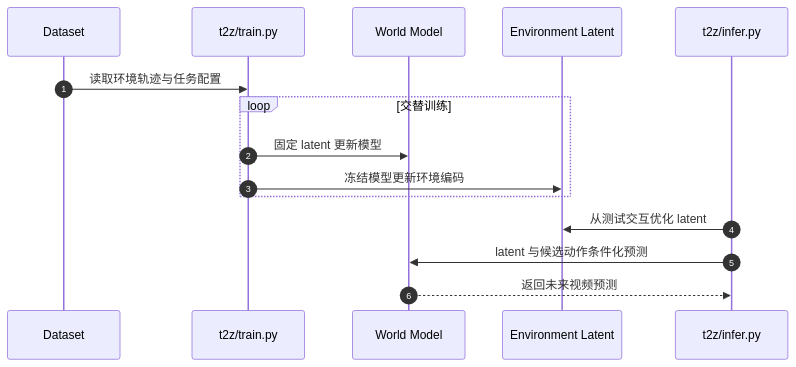
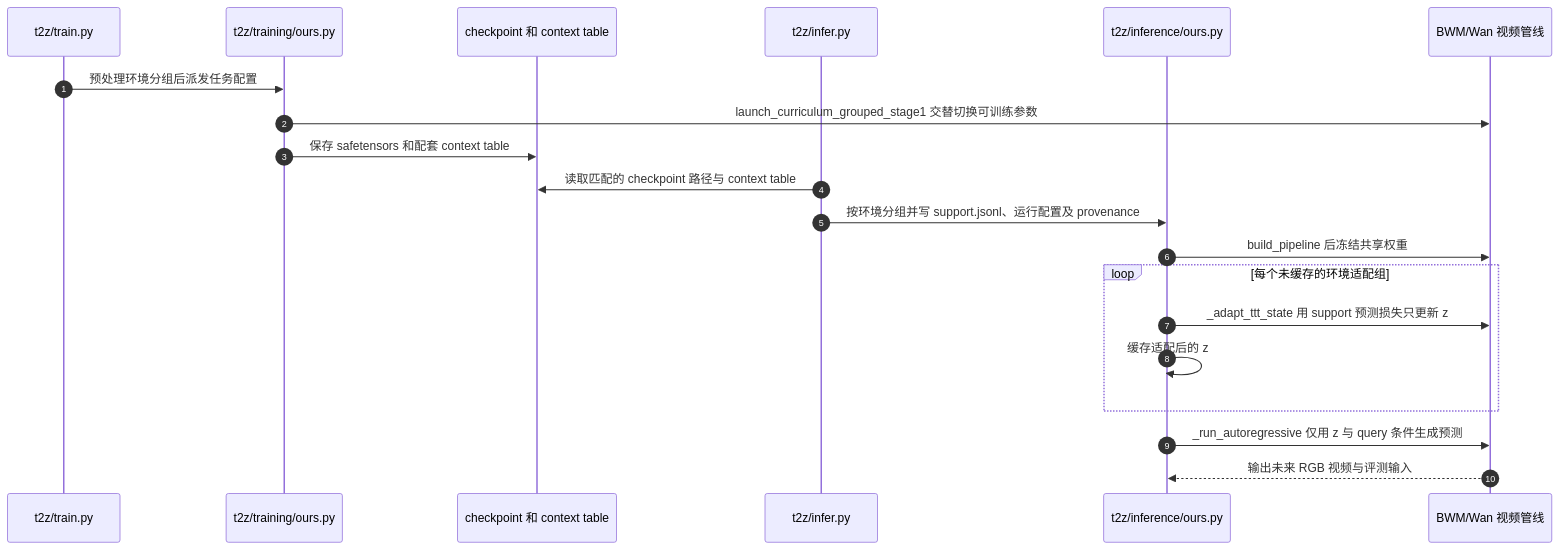
One commit to ImChong/Robotics_Notebooks changed the second of 2 diagrams in wiki/entities/paper-t2-z-environment-latents.md. Above: the diagram before and after it, drawn with Mermaid. The commit also changed other lines of this file and 5 other files, not shown here.

````diff
--- a/wiki/entities/paper-t2-z-environment-latents.md
+++ b/wiki/entities/paper-t2-z-environment-latents.md
@@ -63,17 +78,22 @@
 ```mermaid
 sequenceDiagram
   autonumber
-  participant Data as Dataset
-  participant Train as t2z/train.py
-  participant WM as World Model
-  participant Latent as Environment Latent
-  participant Infer as t2z/infer.py
-  Data->>Train: 读取环境轨迹与任务配置
-  loop 交替训练
-    Train->>WM: 固定 latent 更新模型
-    Train->>Latent: 冻结模型更新环境编码
+  participant T as t2z/train.py
+  participant L as t2z/training/ours.py
+  participant A as checkpoint 和 context table
+  participant I as t2z/infer.py
+  participant O as t2z/inference/ours.py
+  participant P as BWM/Wan 视频管线
+  T->>L: 预处理环境分组后派发任务配置
+  L->>P: launch_curriculum_grouped_stage1 交替切换可训练参数
+  L->>A: 保存 safetensors 和配套 context table
+  I->>A: 读取匹配的 checkpoint 路径与 context table
+  I->>O: 按环境分组并写 support.jsonl、运行配置及 provenance
+  O->>P: build_pipeline 后冻结共享权重
+  loop 每个未缓存的环境适配组
+    O->>P: _adapt_ttt_state 用 support 预测损失只更新 z
+    O->>O: 缓存适配后的 z
   end
-  Infer->>Latent: 从测试交互优化 latent
-  Infer->>WM: latent 与候选动作条件化预测
-  WM-->>Infer: 返回未来视频预测
+  O->>P: _run_autoregressive 仅用 z 与 query 条件生成预测
+  P-->>O: 输出未来 RGB 视频与评测输入
 ```
````
